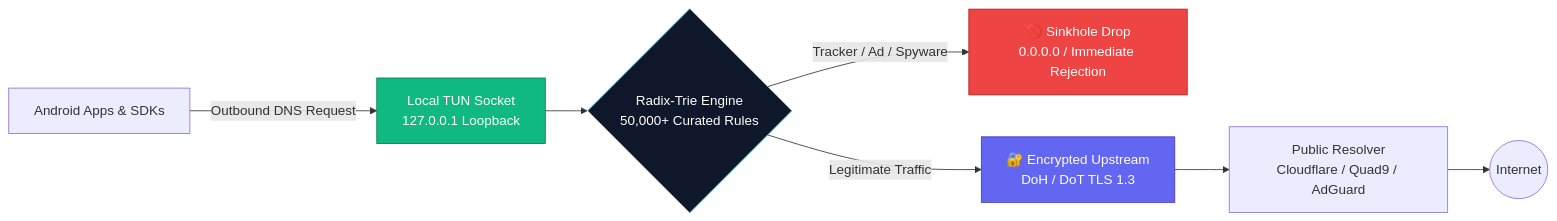
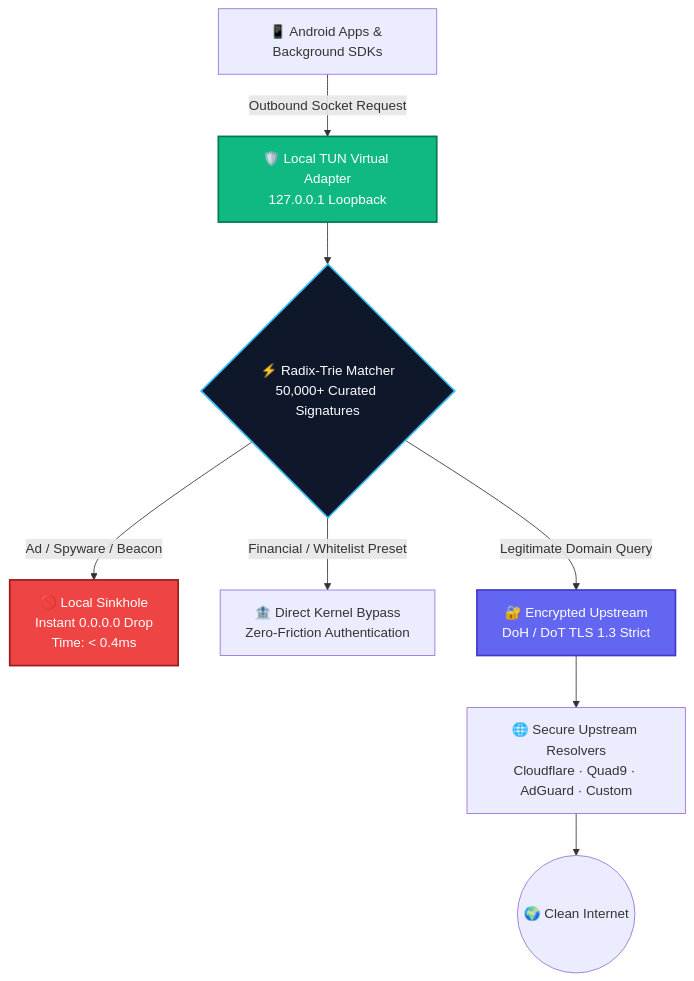
Before and after one commit to PrivyXe/NULLOG: the diagram in README.md, drawn with Mermaid. The commit also changed other lines of this file, not shown here.

````diff
--- a/README.md
+++ b/README.md
@@ -88,16 +176,22 @@
 ```mermaid
-flowchart LR
-    A[Android Apps & SDKs] -->|Outbound DNS Request| B[Local TUN Socket<br/>127.0.0.1 Loopback]
-    B --> C{Radix-Trie Engine<br/>50,000+ Curated Rules}
-    
-    C -->|Tracker / Ad / Spyware| D[🚫 Sinkhole Drop<br/>0.0.0.0 / Immediate Rejection]
-    C -->|Legitimate Traffic| E[🔐 Encrypted Upstream<br/>DoH / DoT TLS 1.3]
-    
-    E --> F[Public Resolver<br/>Cloudflare / Quad9 / AdGuard]
-    F --> G((Internet))
+flowchart TD
+    App[📱 Android Apps & Background SDKs] -->|Outbound Socket Request| TUN[🛡️ Local TUN Virtual Adapter<br/>127.0.0.1 Loopback]
+    TUN --> Engine{⚡ Radix-Trie Matcher<br/>50,000+ Curated Signatures}
 
-    style B fill:#10B981,stroke:#047857,color:#fff
-    style C fill:#0F172A,stroke:#38BDF8,color:#fff
-    style D fill:#EF4444,stroke:#B91C1C,color:#fff
-    style E fill:#6366F1,stroke:#4338CA,color:#fff
+    Engine -->|Ad / Spyware / Beacon| Sink[🚫 Local Sinkhole<br/>Instant 0.0.0.0 Drop<br/>Time: &lt; 0.4ms]
+    Engine -->|Financial / Whitelist Preset| Bypass[🏦 Direct Kernel Bypass<br/>Zero-Friction Authentication]
+    Engine -->|Legitimate Domain Query| DoH[🔐 Encrypted Upstream<br/>DoH / DoT TLS 1.3 Strict]
+
+    DoH --> Resolvers[🌐 Secure Upstream Resolvers<br/>Cloudflare · Quad9 · AdGuard · Custom]
+    Resolvers --> Internet((🌍 Clean Internet))
+
+    classDef primary fill:#10B981,stroke:#047857,color:#fff,stroke-width:2px;
+    classDef danger fill:#EF4444,stroke:#991B1B,color:#fff,stroke-width:2px;
+    classDef dark fill:#0F172A,stroke:#38BDF8,color:#fff,stroke-width:2px;
+    classDef accent fill:#6366F1,stroke:#4338CA,color:#fff,stroke-width:2px;
+
+    class TUN primary;
+    class Sink danger;
+    class Engine dark;
+    class DoH accent;
 ```
````
